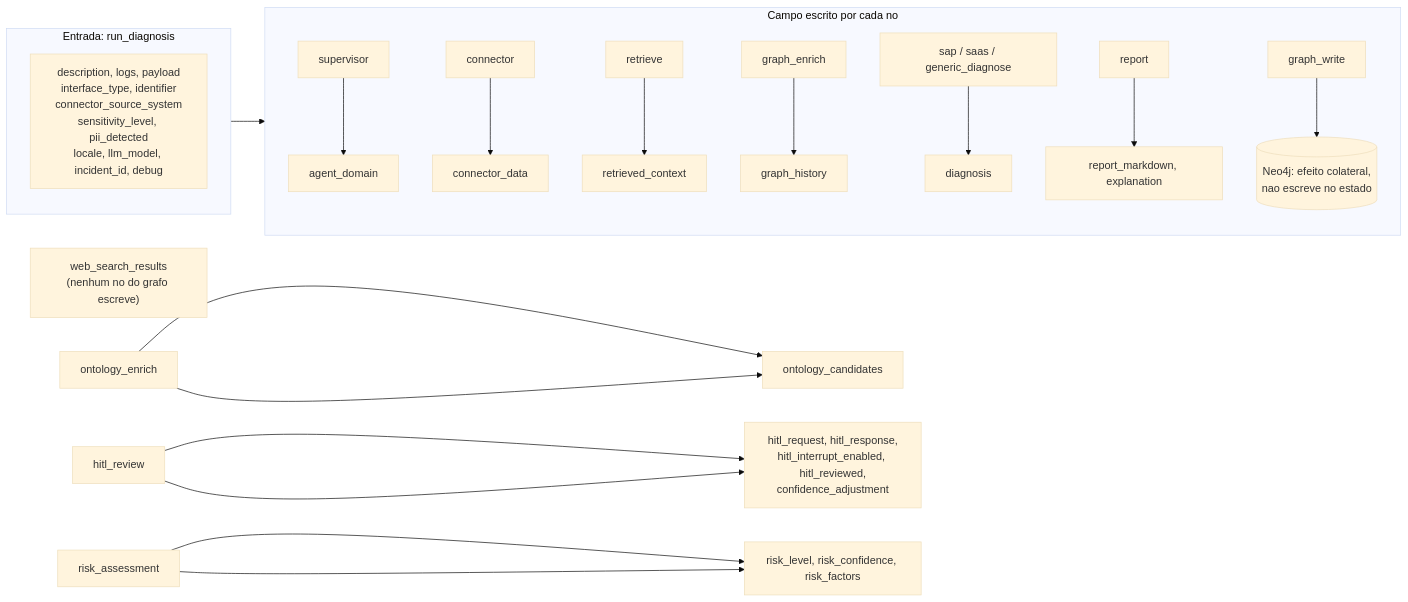
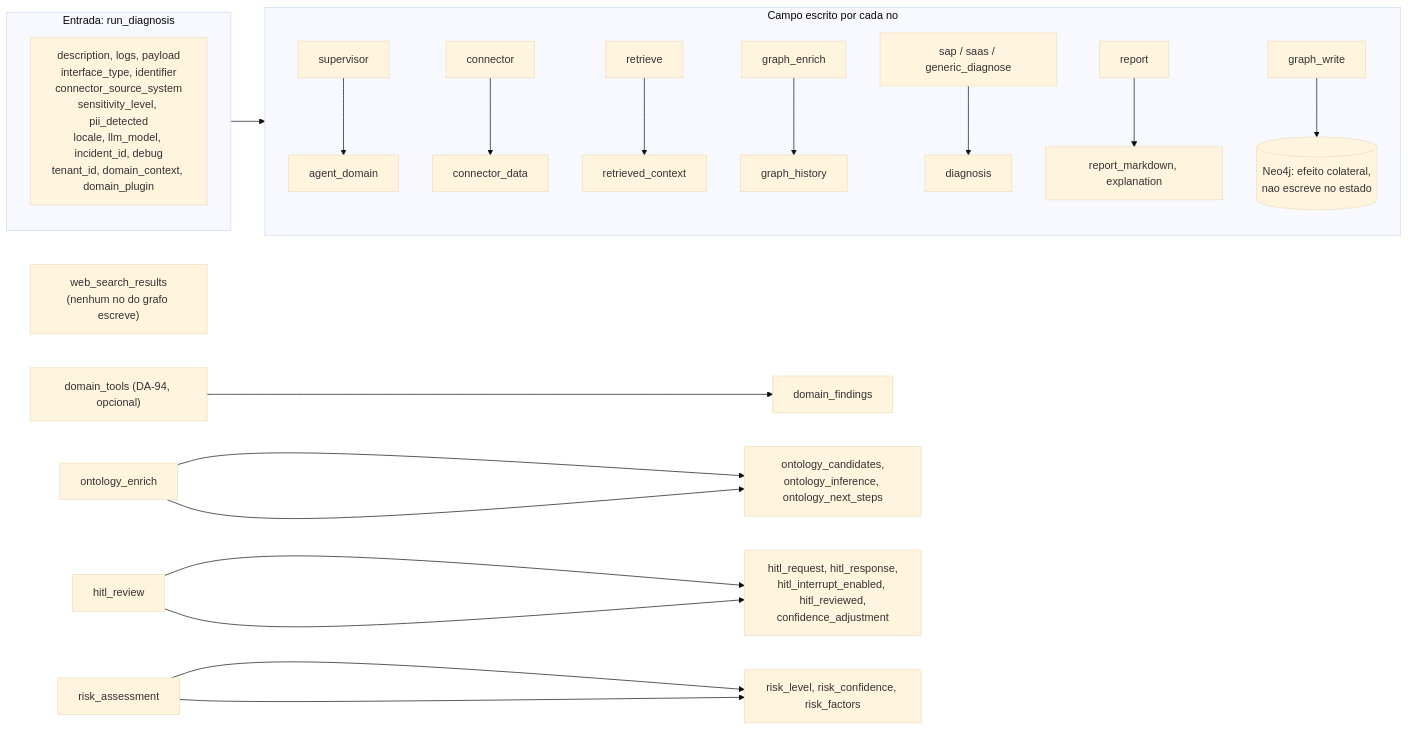
Before and after one commit to marcos-slima/integration-incident-copilot: the fifth of 28 diagrams in docs/ARCHITECTURE.md, drawn with Mermaid (base theme). The commit also changed other lines of this file and 83 other files, not shown here.

````diff
--- a/docs/ARCHITECTURE.md
+++ b/docs/ARCHITECTURE.md
@@ -209,23 +209,24 @@
 ```mermaid
 flowchart LR
     subgraph entrada["Entrada: run_diagnosis"]
-        e1["description, logs, payload<br/>interface_type, identifier<br/>connector_source_system<br/>sensitivity_level, pii_detected<br/>locale, llm_model, incident_id, debug"]
+        e1["description, logs, payload<br/>interface_type, identifier<br/>connector_source_system<br/>sensitivity_level, pii_detected<br/>locale, llm_model, incident_id, debug<br/>tenant_id, domain_context, domain_plugin"]
     end
     subgraph nos["Campo escrito por cada no"]
         sup["supervisor"] --> s1["agent_domain"]
         con["connector"] --> s2["connector_data"]
         ret["retrieve"] --> s3["retrieved_context"]
         gen["graph_enrich"] --> s4["graph_history"]
         dia["sap / saas / generic_diagnose"] --> s5["diagnosis"]
         rep["report"] --> s6["report_markdown, explanation"]
         gw["graph_write"] --> n4j[("Neo4j: efeito colateral,<br/>nao escreve no estado")]
     end
     morto["web_search_results<br/>(nenhum no do grafo escreve)"]
-    ont["ontology_enrich"] --> s7["ontology_candidates"]
+    dt["domain_tools (DA-94, opcional)"] --> s10["domain_findings"]
+    ont["ontology_enrich"] --> s7["ontology_candidates,<br/>ontology_inference, ontology_next_steps"]
     hitl["hitl_review"] --> s8["hitl_request, hitl_response,<br/>hitl_interrupt_enabled, hitl_reviewed,<br/>confidence_adjustment"]
     risk["risk_assessment"] --> s9["risk_level, risk_confidence, risk_factors"]
     entrada --> nos
     ont --> s7
     hitl --> s8
     risk --> s9
 ```
````
